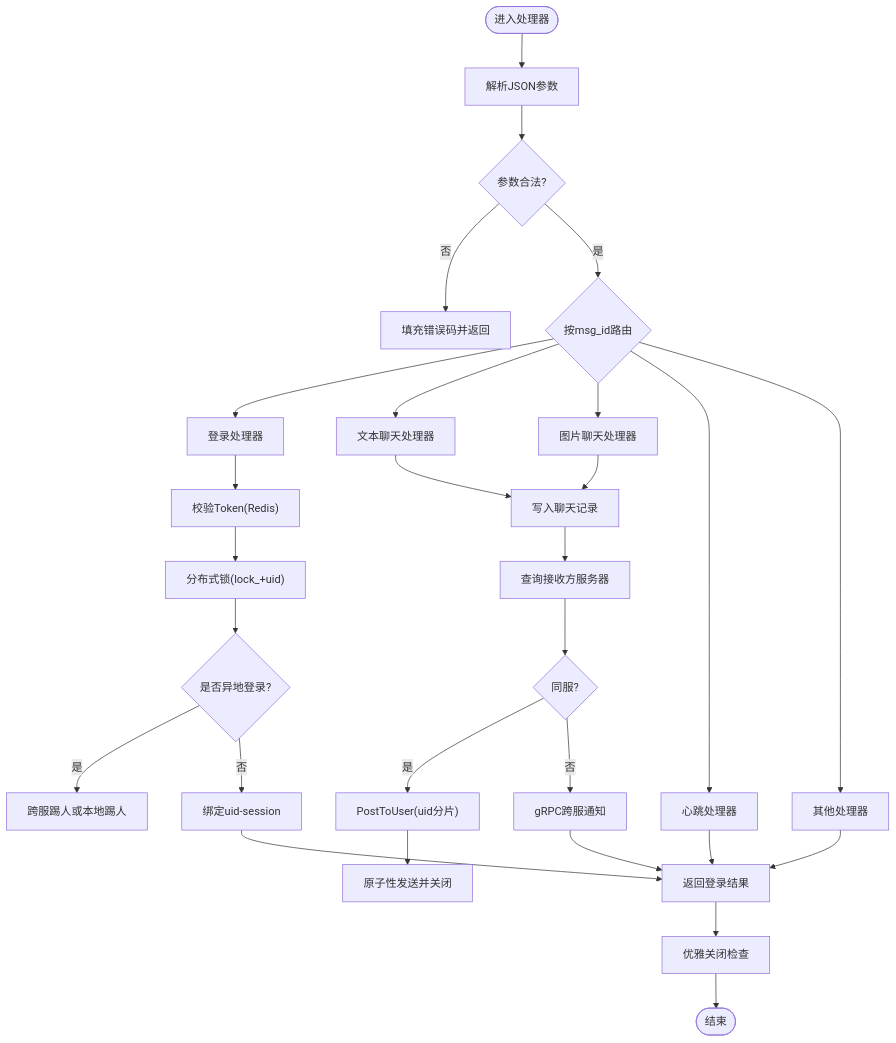
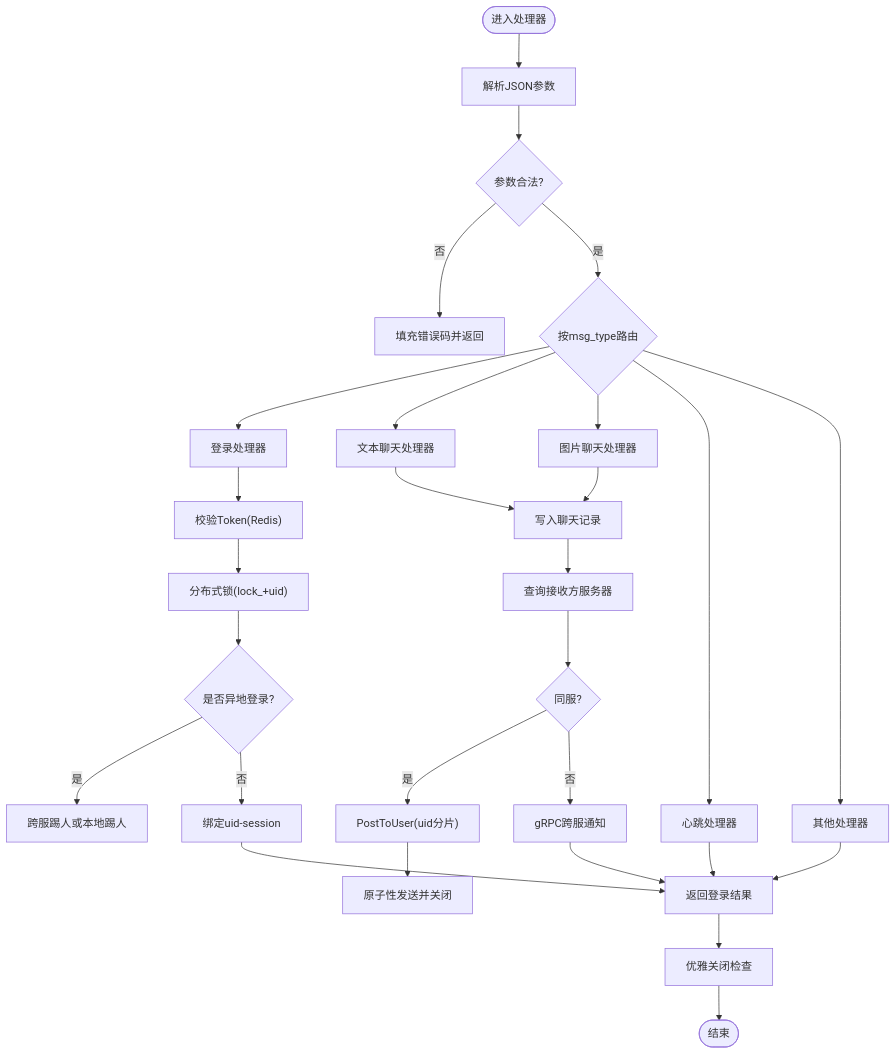
One commit to echo9923/mychatter changed the fourth of 8 diagrams in .qoder/repowiki/zh/content/服务端开发/ChatServer聊天核心服务/ChatServer聊天核心服务.md. Above: the diagram before and after it, drawn with Mermaid. The commit also changed other lines of this file and 128 other files, not shown here.

````diff
--- a/.qoder/repowiki/zh/content/服务端开发/ChatServer聊天核心服务/ChatServer聊天核心服务.md
+++ b/.qoder/repowiki/zh/content/服务端开发/ChatServer聊天核心服务/ChatServer聊天核心服务.md
@@ -239,30 +239,30 @@
 ```mermaid
 flowchart TD
 Start(["进入处理器"]) --> Parse["解析JSON参数"]
 Parse --> Validate{"参数合法?"}
 Validate --> |否| Err["填充错误码并返回"]
-Validate --> |是| Route{"按msg_id路由"}
+Validate --> |是| Route{"按msg_type路由"}
 Route --> Login["登录处理器"]
 Route --> Text["文本聊天处理器"]
 Route --> Img["图片聊天处理器"]
 Route --> Heart["心跳处理器"]
 Route --> Other["其他处理器"]
 Login --> CheckToken["校验Token(Redis)"]
 CheckToken --> Lock["分布式锁(lock_+uid)"]
 Lock --> KickCheck{"是否异地登录?"}
 KickCheck --> |是| Kick["跨服踢人或本地踢人"]
 KickCheck --> |否| Bind["绑定uid-session"]
 Bind --> Resp["返回登录结果"]
 Text --> SaveDB["写入聊天记录"]
 SaveDB --> FindTarget["查询接收方服务器"]
 FindTarget --> SameSrv{"同服?"}
 SameSrv --> |是| PostToUser["PostToUser(uid分片)"]
 SameSrv --> |否| PushRemote["gRPC跨服通知"]
 PostToUser --> SendAndClose["原子性发送并关闭"]
 PushRemote --> Resp
 Resp --> Graceful["优雅关闭检查"]
 Img --> SaveDB
 Heart --> Resp
 Other --> Resp
 Graceful --> End(["结束"])
 ```
````
